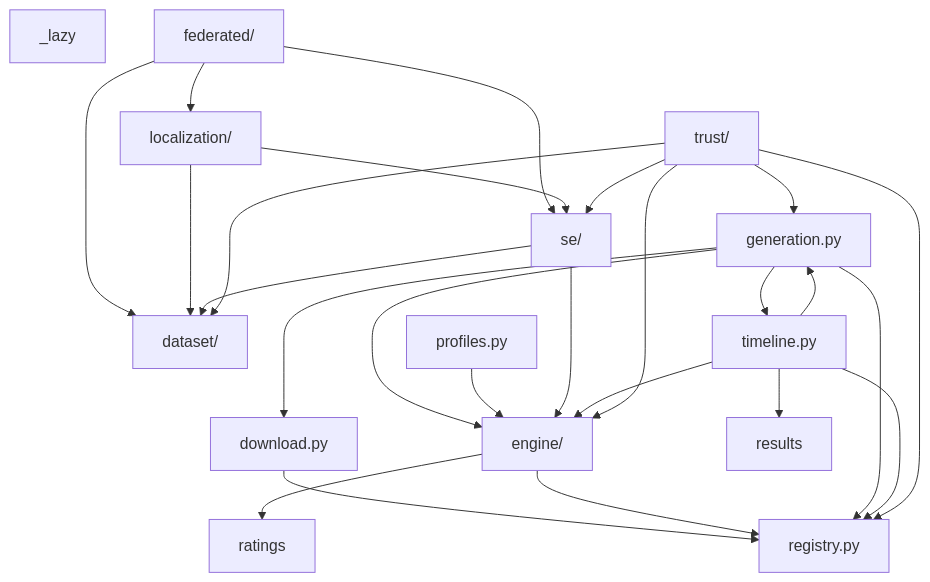
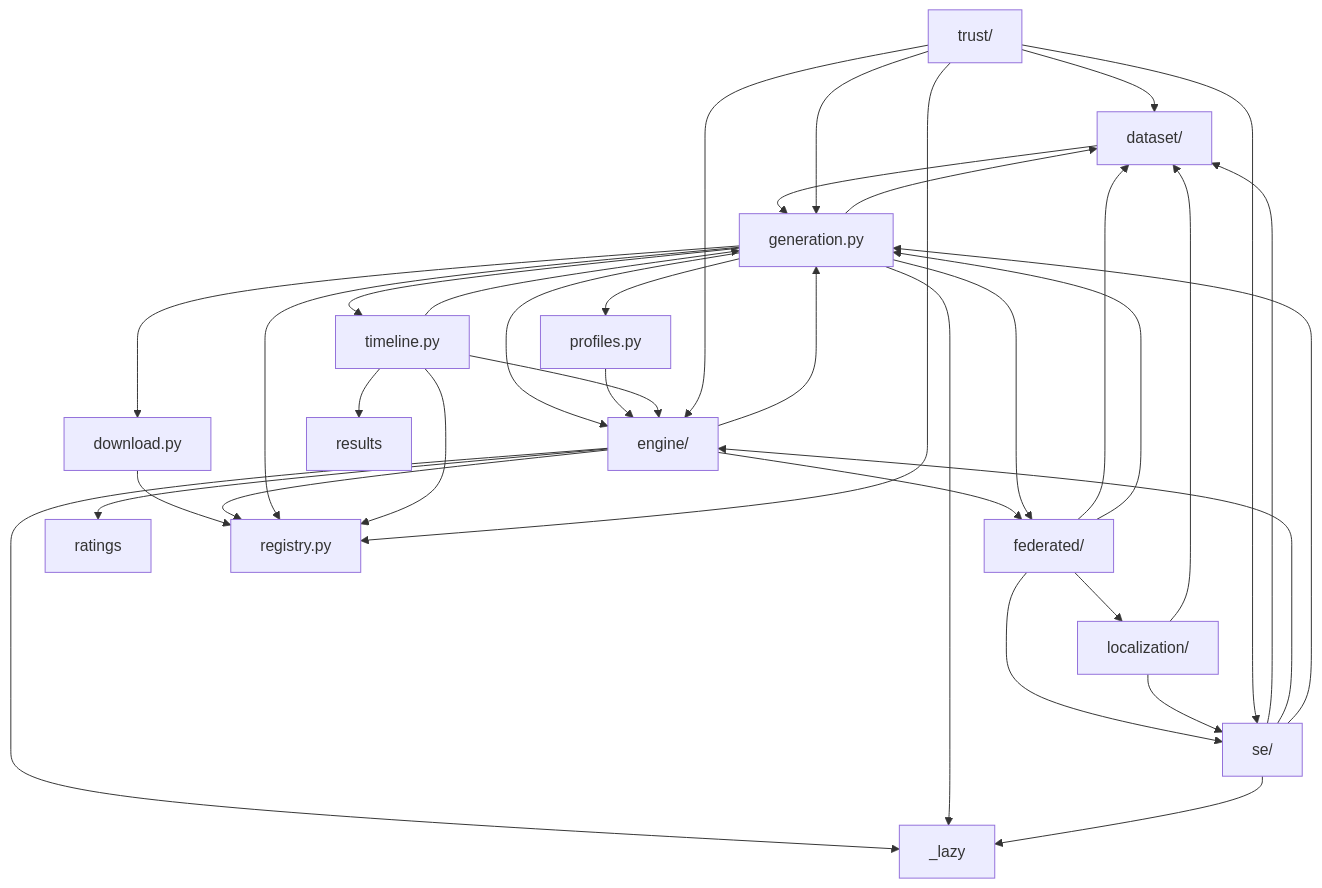
One commit to myersben9/fdia-graph changed the diagram in docs/figures/diagrams/modules.mmd. Above: the diagram before and after it, drawn with Mermaid. The commit also changed 38 other files, not shown here.

Commit message:
One copy of the shared constants and helpers; the module diagram follows absolute imports (#240)

```diff
--- a/docs/figures/diagrams/modules.mmd
+++ b/docs/figures/diagrams/modules.mmd
@@ -1,39 +1,50 @@
 flowchart TB
     _lazy["_lazy"]
     dataset["dataset/"]
     download["download.py"]
     engine["engine/"]
     federated["federated/"]
     generation["generation.py"]
     localization["localization/"]
     profiles["profiles.py"]
     ratings["ratings"]
     registry["registry.py"]
     results["results"]
     se["se/"]
     timeline["timeline.py"]
     trust["trust/"]
+    dataset --> generation
     download --> registry
+    engine --> _lazy
+    engine --> federated
+    engine --> generation
     engine --> ratings
     engine --> registry
     federated --> dataset
+    federated --> generation
     federated --> localization
     federated --> se
+    generation --> _lazy
+    generation --> dataset
     generation --> download
     generation --> engine
+    generation --> federated
+    generation --> profiles
     generation --> registry
     generation --> timeline
     localization --> dataset
     localization --> se
     profiles --> engine
+    se --> _lazy
     se --> dataset
     se --> engine
+    se --> generation
     timeline --> engine
     timeline --> generation
     timeline --> registry
     timeline --> results
     trust --> dataset
     trust --> engine
     trust --> generation
     trust --> registry
     trust --> se
```
